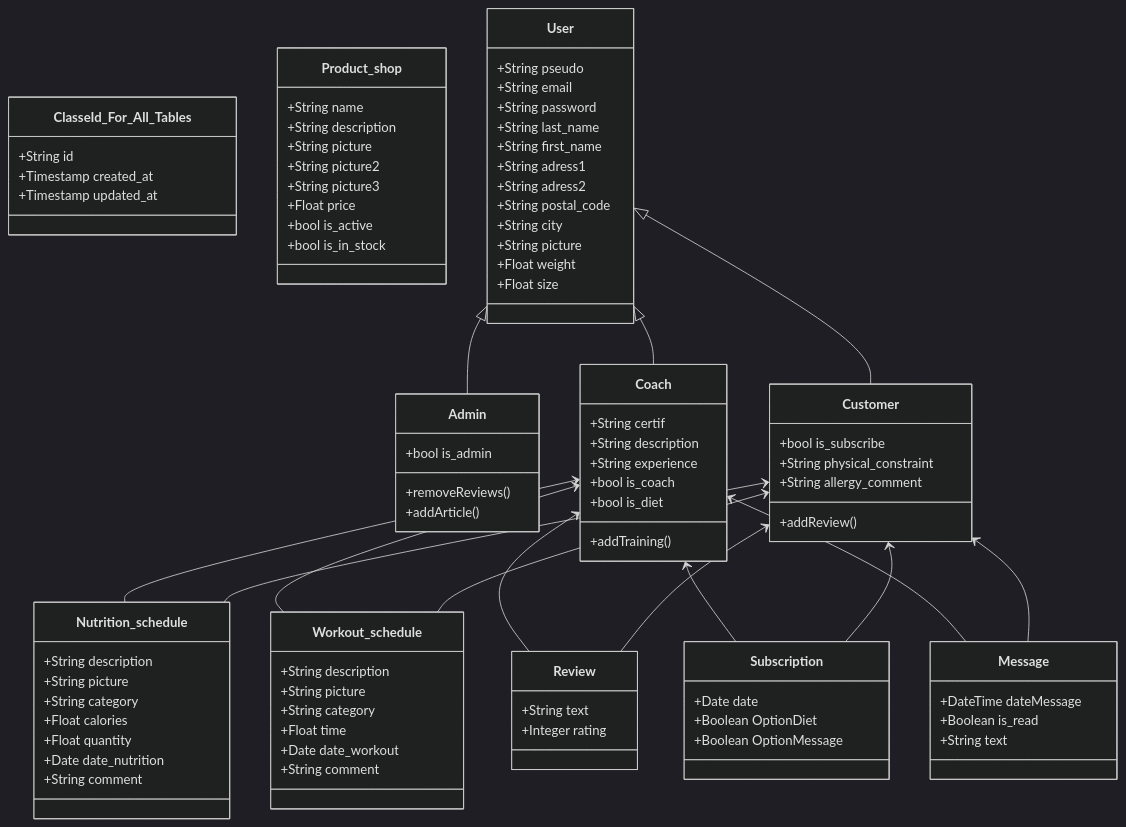
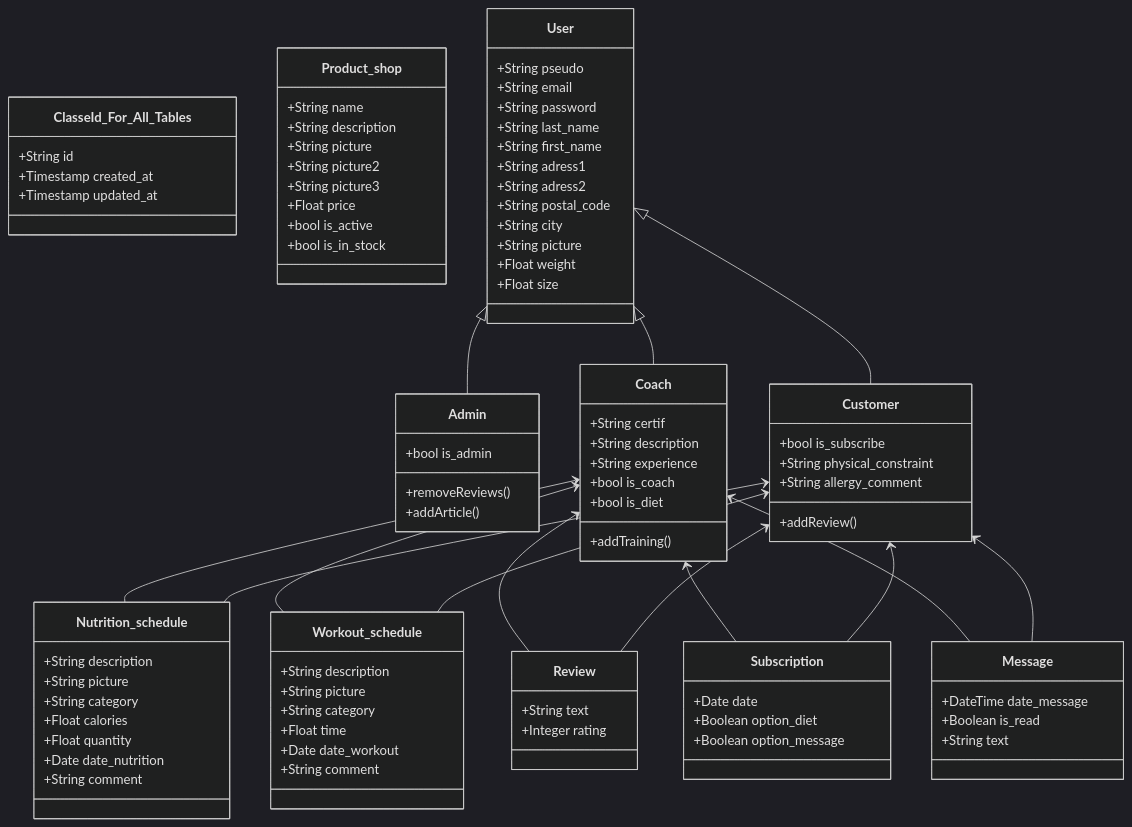
One commit to Genia888/FitnessHub changed the diagram in Documentation/(Stage 3) Technical Documentation.md. Above: the diagram before and after it, drawn with Mermaid (dark theme).

Commit message:
Same format of attribute

```diff
--- a/Documentation/(Stage 3) Technical Documentation.md
+++ b/Documentation/(Stage 3) Technical Documentation.md
@@ -169,12 +169,12 @@
 
     class Subscription {
 	    +Date date
-	    +Boolean OptionDiet
-	    +Boolean OptionMessage
+	    +Boolean option_diet
+	    +Boolean option_message
     }
 
     class Message {
-	    +DateTime dateMessage
+	    +DateTime date_message
 	    +Boolean is_read
 	    +String text
     }
```
